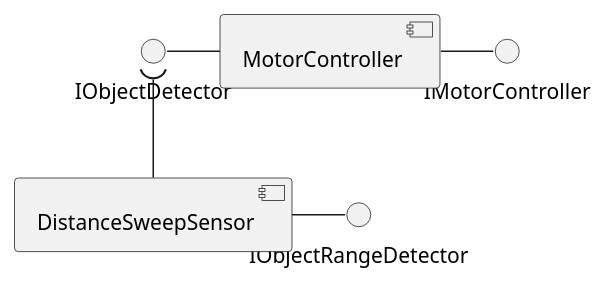
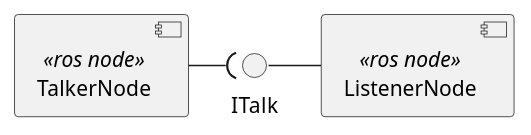
Before and after one commit to jvisch/jvr: the diagram in design/components.design.plantuml, drawn with PlantUML. The commit also changed other lines of this file and 5 other files, not shown here.

Commit message:
Talker node

```diff
--- a/design/components.design.plantuml
+++ b/design/components.design.plantuml
@@ -1,20 +6,16 @@
 @startuml Component Design
 
 ' interfaces
-interface IObjectDetector
-interface IObjectRangeDetector
-interface IMotorController
+interface ITalk
 
 ' components
-component MotorController
-component DistanceSweepSensor
+component TalkerNode <<ros node>>
+component ListenerNode <<ros node>>
 
-' Component MotorController
-MotorController -left- IObjectDetector
-MotorController -right- IMotorController
+' Component Talker
+TalkerNode -( ITalk
 
-' Component DistanceSweepSensor
-DistanceSweepSensor -up-( IObjectDetector
-DistanceSweepSensor -right- IObjectRangeDetector
+' Component Listener
+ListenerNode -left- ITalk
 
 @enduml
```
